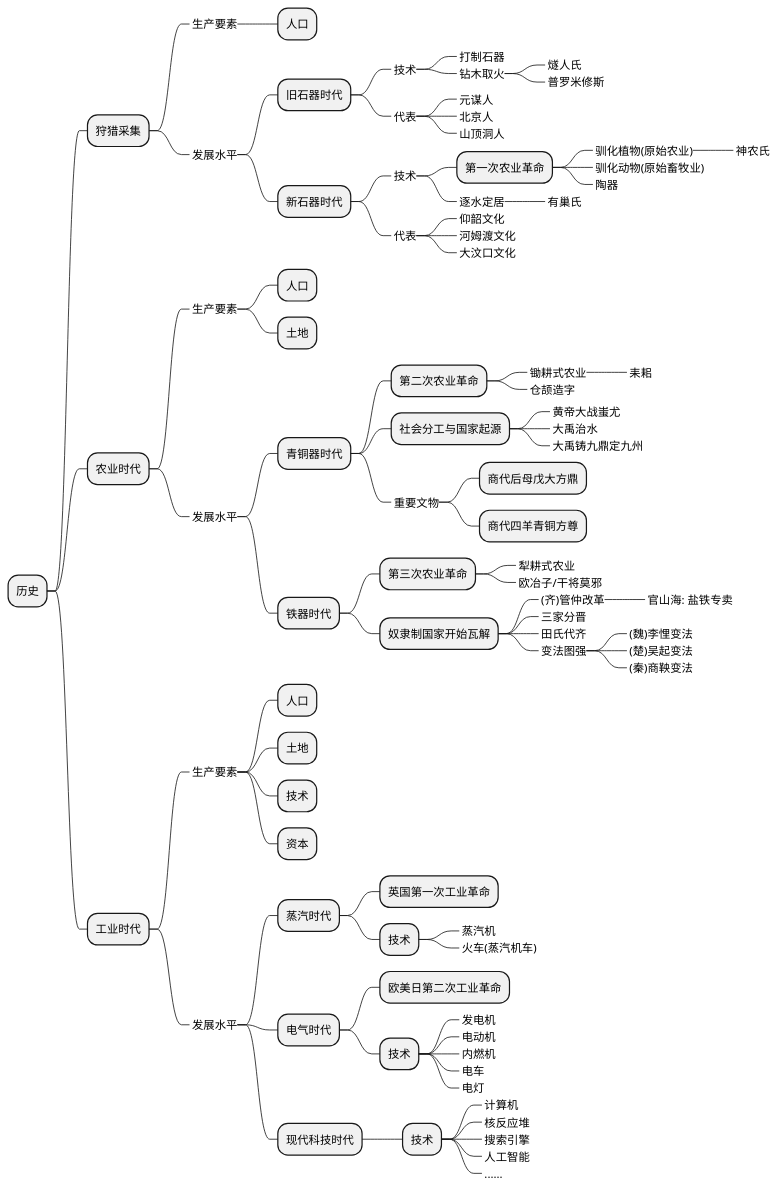
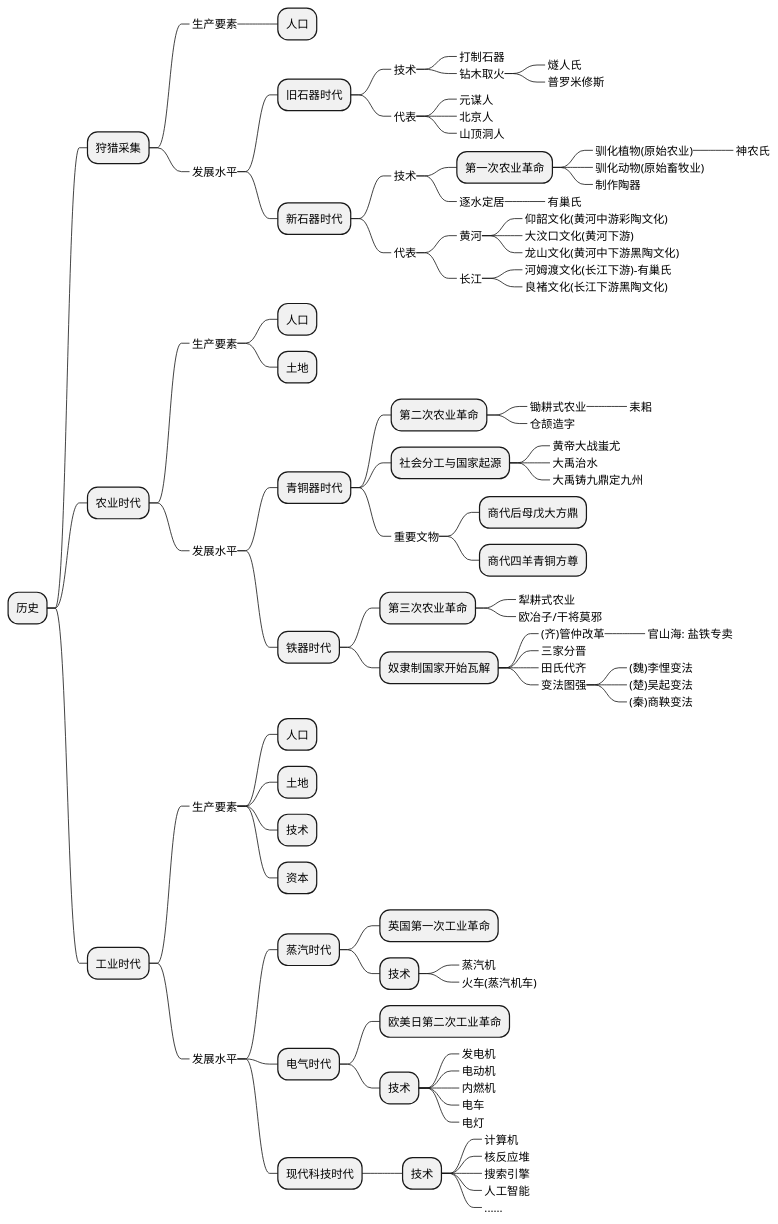
Before and after one commit to holmofy/blog.hufeifei.cn: the diagram in source/_posts/economic/economic_and_history.md, drawn with PlantUML.

```diff
--- a/source/_posts/economic/economic_and_history.md
+++ b/source/_posts/economic/economic_and_history.md
@@ -36,13 +36,17 @@
 +++++++_ 驯化植物(原始农业)
 ++++++++_ 神农氏
 +++++++_ 驯化动物(原始畜牧业)
-+++++++_ 陶器
++++++++_ 制作陶器
 ++++++_ 逐水定居
 +++++++_ 有巢氏
 +++++_ 代表
-++++++_ 仰韶文化
-++++++_ 河姆渡文化
-++++++_ 大汶口文化
+++++++_ 黄河
++++++++_ 仰韶文化(黄河中游彩陶文化)
++++++++_ 大汶口文化(黄河下游)
++++++++_ 龙山文化(黄河中下游黑陶文化)
+++++++_ 长江
++++++++_ 河姆渡文化(长江下游)-有巢氏
++++++++_ 良褚文化(长江下游黑陶文化)
 ++ 农业时代
 +++_ 生产要素
 ++++ 人口
```
